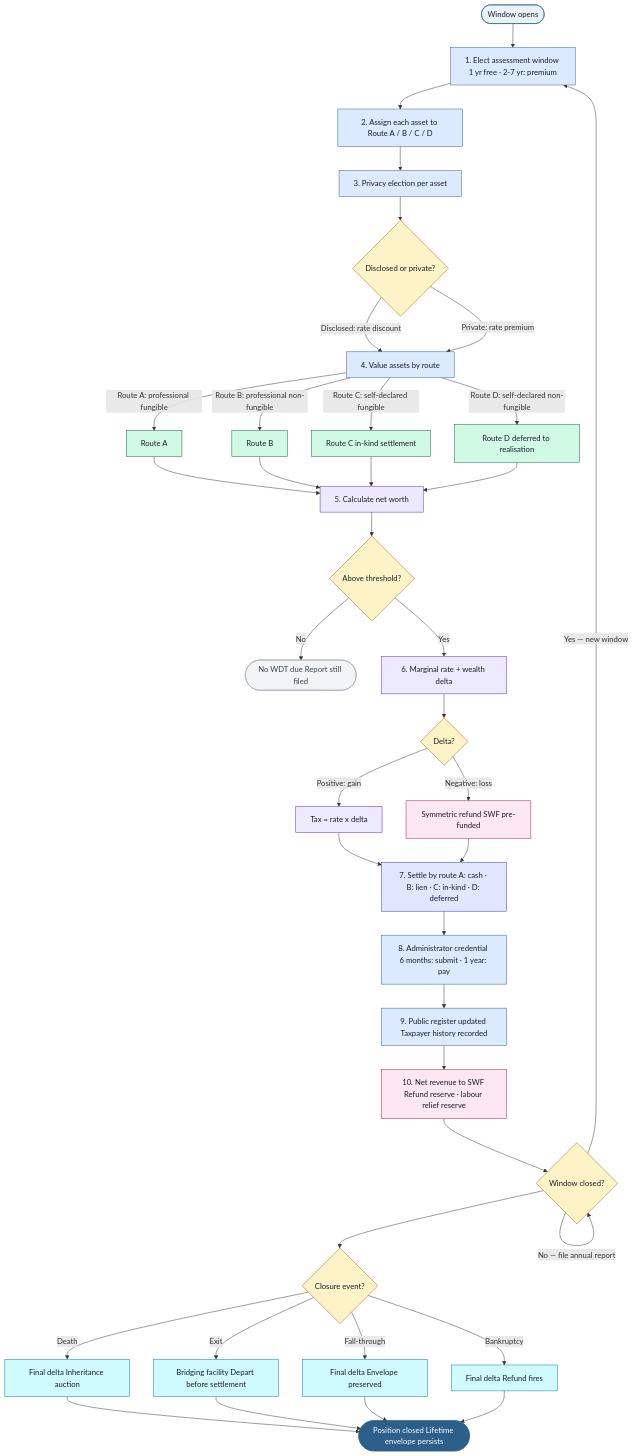
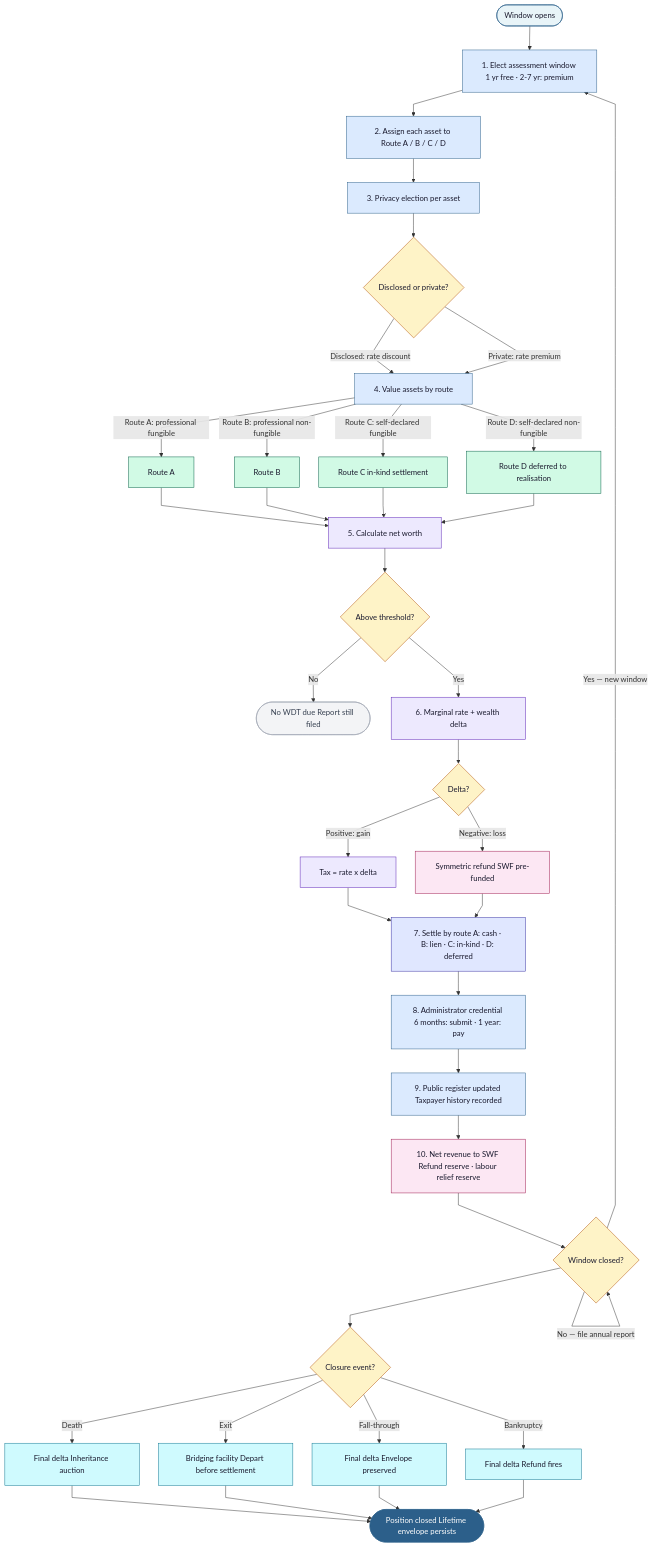
One commit to wealthdeltatax/WealthDeltaTax changed the diagram in site/diagrams/260812_WDT_Skeleton_LR.mmd. Above: the diagram before and after it, drawn with Mermaid. The commit also changed 44 other files, not shown here.

```diff
--- a/site/diagrams/260812_WDT_Skeleton_LR.mmd
+++ b/site/diagrams/260812_WDT_Skeleton_LR.mmd
@@ -1,86 +1,86 @@
 %%{init: {
   "flowchart": {
-    "nodeSpacing": 0,
-    "rankSpacing": 0,
-    "padding": 0,
-    "diagramPadding": 100,
+    "nodeSpacing": 40,
+    "rankSpacing": 50,
+    "padding": 20,
     "htmlLabels": true,
     "useMaxWidth": true,
-    "curve": "linear",
+    "curve": "linear"
   },
   "themeVariables": {
-    "fontSize": "40px",
+    "fontSize": "16px",
     "fontFamily": "Arial, sans-serif"
   }
 }}%%
+
 flowchart TD
 
 classDef start    fill:#e8f4f8,stroke:#2C5F8A,color:#1a1a2e,rx:12
 classDef step     fill:#dbeafe,stroke:#2C5F8A,color:#1a1a2e
 classDef decision fill:#fef3c7,stroke:#b45309,color:#1a1a2e
 classDef route    fill:#d1fae5,stroke:#065f46,color:#1a1a2e
 classDef calc     fill:#ede9fe,stroke:#5b21b6,color:#1a1a2e
 classDef refund   fill:#fce7f3,stroke:#9d174d,color:#1a1a2e
 classDef settle   fill:#e0e7ff,stroke:#3730a3,color:#1a1a2e
 classDef closure  fill:#cffafe,stroke:#0e7490,color:#1a1a2e
 classDef terminal  fill:#2C5F8A,stroke:#2C5F8A,color:#fff,rx:12
 classDef none     fill:#f3f4f6,stroke:#9ca3af,color:#374151,rx:12
 
 START([Window opens]):::start --> WIN
 
 WIN[1. Elect assessment window 1 yr free · 2-7 yr: premium]:::step --> ROUTE
 
 ROUTE[2. Assign each asset to Route A / B / C / D]:::step --> PRIV
 
 PRIV[3. Privacy election per asset]:::step --> PRIV_Q
 
 PRIV_Q{Disclosed or private?}:::decision
 PRIV_Q -->|Disclosed: rate discount| VAL
 PRIV_Q -->|Private: rate premium| VAL
 
 VAL[4. Value assets by route]:::step
 
 VAL -->|Route A: professional fungible| RA[Route A]:::route
 VAL -->|Route B: professional non-fungible| RB[Route B]:::route
 VAL -->|Route C: self-declared fungible| RC[Route C in-kind settlement]:::route
 VAL -->|Route D: self-declared non-fungible| RD[Route D deferred to realisation]:::route
 
 RA & RB & RC & RD --> NW
 
 NW[5. Calculate net worth]:::calc --> THRESH
 
 THRESH{Above threshold?}:::decision
 THRESH -->|No| BELOW([No WDT due Report still filed]):::none
 THRESH -->|Yes| RATE
 
 RATE[6. Marginal rate + wealth delta]:::calc --> SIGN
 
 SIGN{Delta?}:::decision
 SIGN -->|Positive: gain| TAX[Tax = rate x delta]:::calc
 SIGN -->|Negative: loss| REFUND[Symmetric refund SWF pre-funded]:::refund
 
 TAX & REFUND --> SETTLE
 
 SETTLE[7. Settle by route A: cash · B: lien · C: in-kind · D: deferred]:::settle --> ADMIN
 
 ADMIN[8. Administrator credential 6 months: submit · 1 year: pay]:::step --> REGISTER
 
 REGISTER[9. Public register updated Taxpayer history recorded]:::step --> SWF
 
 SWF[10. Net revenue to SWF Refund reserve · labour relief reserve]:::refund --> LOOP
 
 LOOP{Window closed?}:::decision
 LOOP -->|No — file annual report| LOOP
 LOOP -->|Yes — new window| WIN
 
 LOOP --> CLOSE
 
 CLOSE{Closure event?}:::decision
 CLOSE -->|Death| CL1[Final delta Inheritance auction]:::closure
 CLOSE -->|Exit| CL2[Bridging facility Depart before settlement]:::closure
 CLOSE -->|Fall-through| CL3[Final delta Envelope preserved]:::closure
 CLOSE -->|Bankruptcy| CL4[Final delta Refund fires]:::closure
 
 CL1 & CL2 & CL3 & CL4 --> END_POS
 
 END_POS([Position closed Lifetime envelope persists]):::terminal
```
